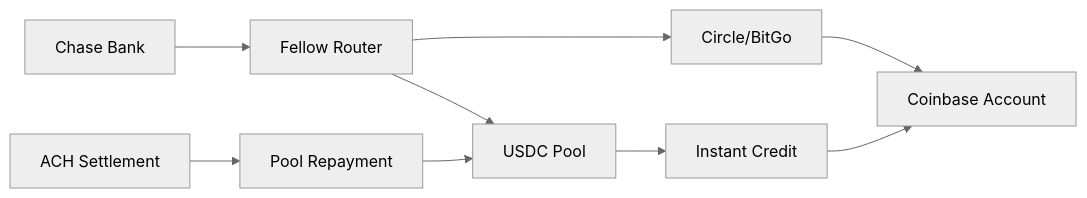
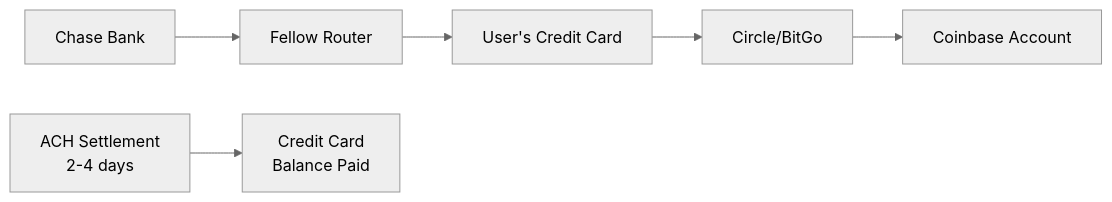
The diagram in using-fellow/transfer-router.mdx (freeslugs/docs), drawn with Mermaid (neutral theme) before and after one commit.

Commit message:
Update transfer router documentation to revise the architecture diagram, reflecting a new flow from Chase Bank to the User's Credit Card and Coinbase Account, while simplifying the ACH settlement process for better clarity.

````diff
--- a/using-fellow/transfer-router.mdx
+++ b/using-fellow/transfer-router.mdx
@@ -38,12 +38,9 @@
 ```mermaid
 graph LR
     A[Chase Bank] --> B[Fellow Router]
-    B --> C[USDC Pool]
-    B --> D[Circle/BitGo]
-    C --> E[Instant Credit]
-    D --> F[Coinbase Account]
-    E --> F
+    B --> C[User's Credit Card]
+    C --> D[Circle/BitGo]
+    D --> E[Coinbase Account]
     
-    G[ACH Settlement] --> H[Pool Repayment]
-    H --> C
+    F[ACH Settlement<br/>2-4 days] --> G[Credit Card<br/>Balance Paid]
 ```
````
